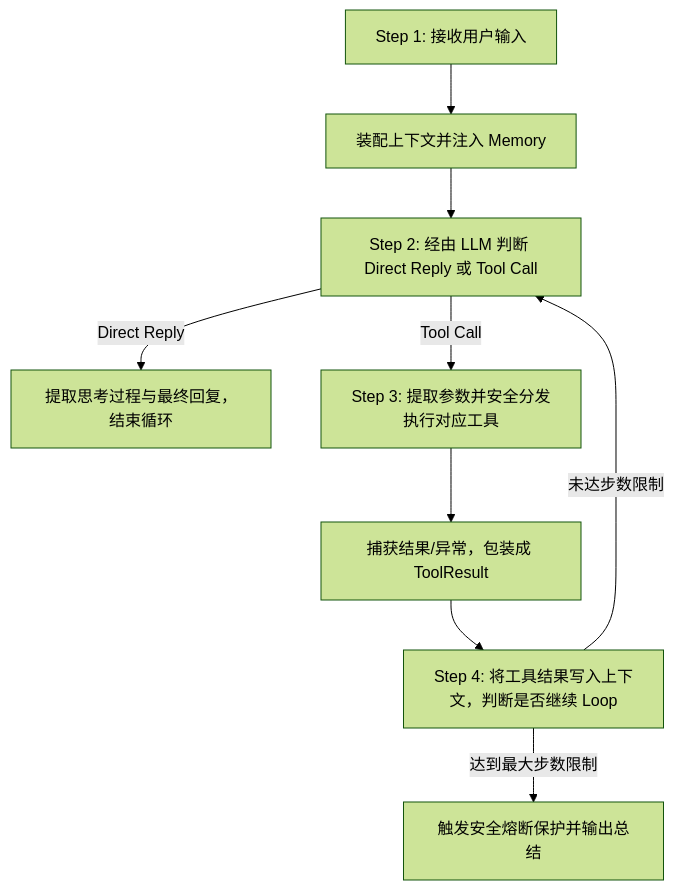
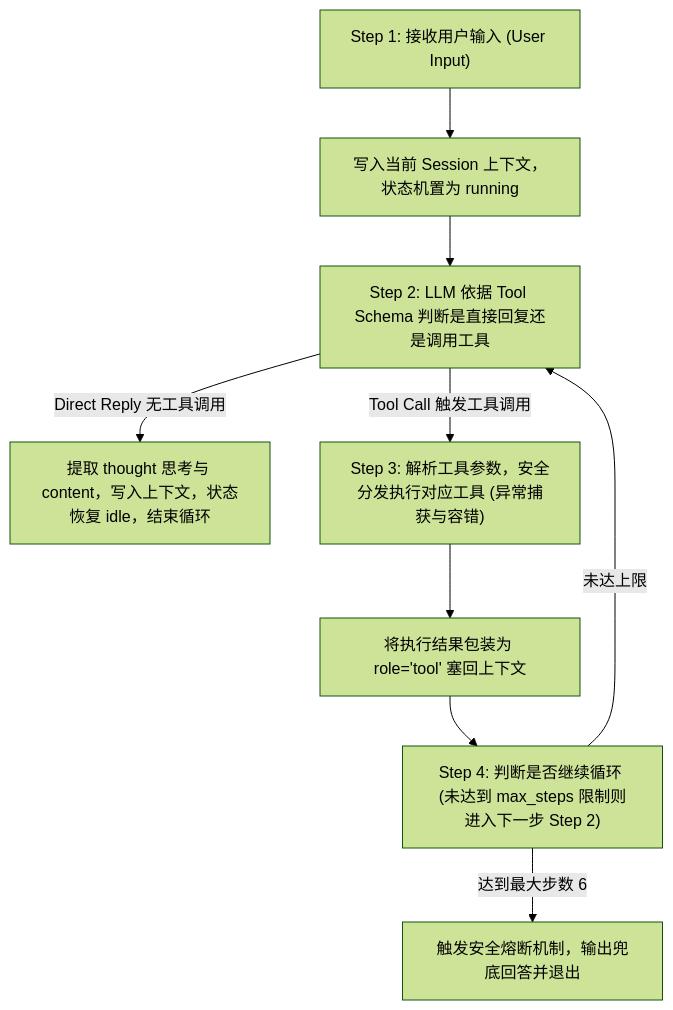
Before and after one commit to luhaiquan23-cs/interview-test: the diagram in README.md, drawn with Mermaid (forest theme). The commit also changed other lines of this file and 1 other file, not shown here.

````diff
--- a/README.md
+++ b/README.md
@@ -92,11 +144,11 @@
 ```mermaid
 flowchart TD
-    A[Step 1: 接收用户输入] --> B[装配上下文并注入 Memory]
-    B --> C[Step 2: 经由 LLM 判断 Direct Reply 或 Tool Call]
-    C -->|Direct Reply| D[提取思考过程与最终回复，结束循环]
-    C -->|Tool Call| E[Step 3: 提取参数并安全分发执行对应工具]
-    E --> F[捕获结果/异常，包装成 ToolResult]
-    F --> G[Step 4: 将工具结果写入上下文，判断是否继续 Loop]
-    G -->|未达步数限制| C
-    G -->|达到最大步数限制| H[触发安全熔断保护并输出总结]
+    A["Step 1: 接收用户输入 (User Input)"] --> B["写入当前 Session 上下文，状态机置为 running"]
+    B --> C["Step 2: LLM 依据 Tool Schema 判断是直接回复还是调用工具"]
+    C -->|Direct Reply 无工具调用| D["提取 thought 思考与 content，写入上下文，状态恢复 idle，结束循环"]
+    C -->|Tool Call 触发工具调用| E["Step 3: 解析工具参数，安全分发执行对应工具 (异常捕获与容错)"]
+    E --> F["将执行结果包装为 role='tool' 塞回上下文"]
+    F --> G["Step 4: 判断是否继续循环 (未达到 max_steps 限制则进入下一步 Step 2)"]
+    G -->|未达上限| C
+    G -->|达到最大步数 6| H["触发安全熔断机制，输出兜底回答并退出"]
 ```
````
